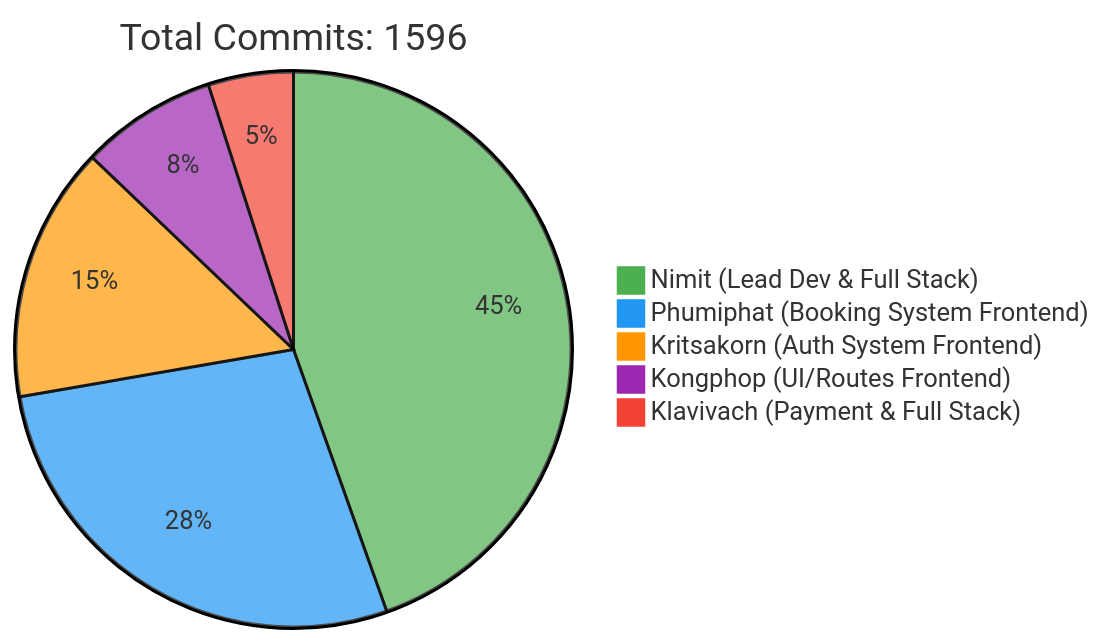
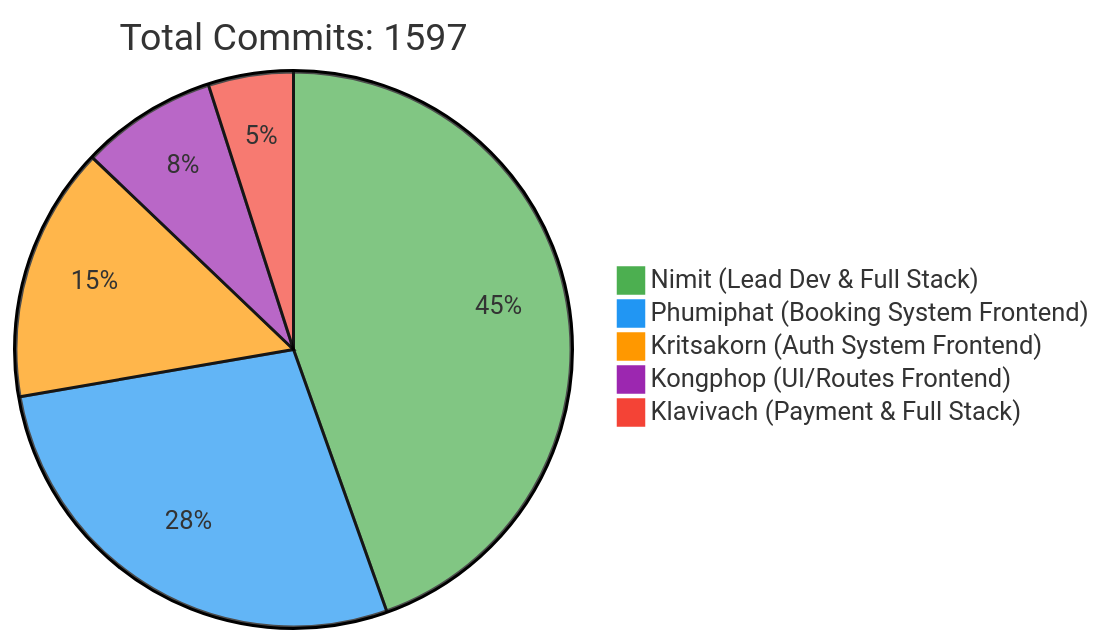
The first of 2 diagrams in README.md (6531503042/Sport-Complex), drawn with Mermaid before and after one commit. The commit also changed other lines of this file, not shown here.

Commit message:
docs: Update contributor statistics [skip ci]

````diff
--- a/README.md
+++ b/README.md
@@ -257,10 +257,10 @@
 ```mermaid
 %%{init: {'theme': 'base', 'themeVariables': { 'pie1': '#4CAF50', 'pie2': '#2196F3', 'pie3': '#FF9800', 'pie4': '#9C27B0', 'pie5': '#F44336'}}}%%
 pie
-    title Total Commits: 1596
+    title Total Commits: 1597
     "Nimit (Lead Dev & Full Stack)" : 450
     "Phumiphat (Booking System Frontend)" : 280
     "Kritsakorn (Auth System Frontend)" : 150
     "Kongphop (UI/Routes Frontend)" : 80
     "Klavivach (Payment & Full Stack)" : 50
 ```
````
